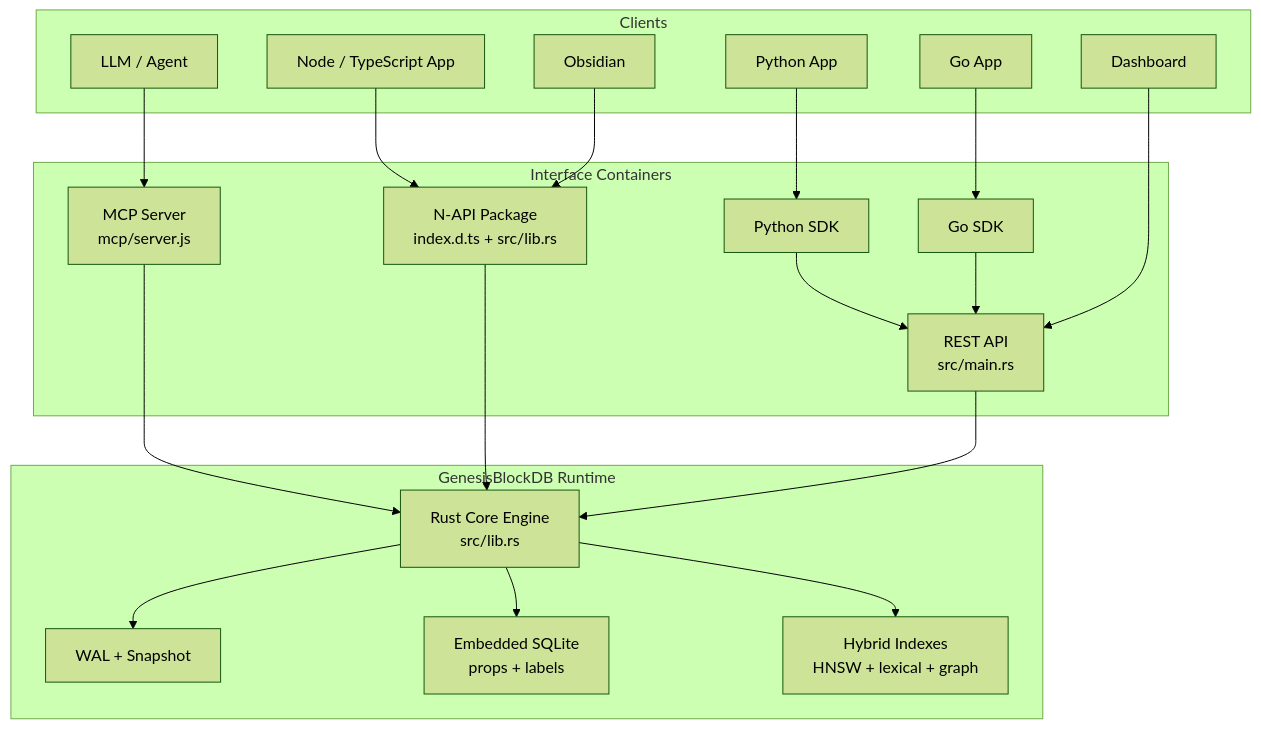
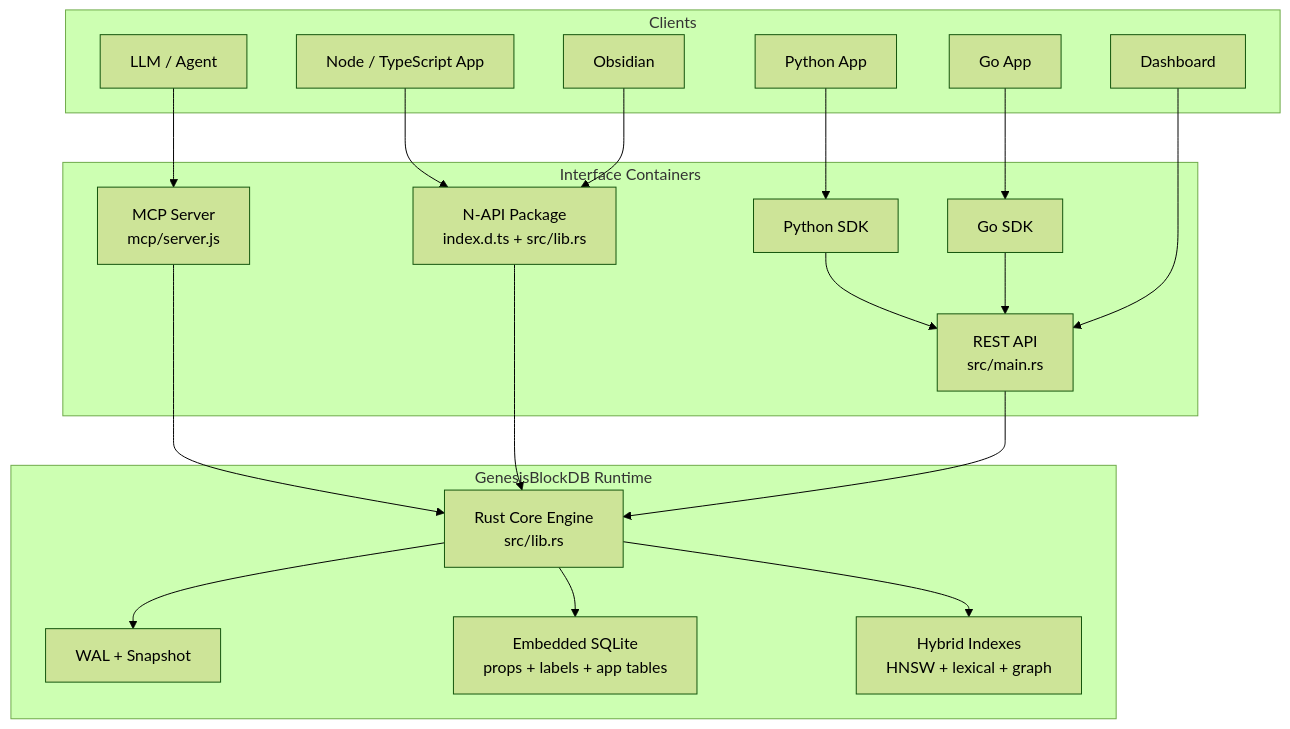
Before and after one commit to Freshair129/GenesisBlock: the second of 2 diagrams in docs/C4--GENESISDB-ARCHITECTURE.md, drawn with Mermaid (forest theme). The commit also changed other lines of this file and 17 other files, not shown here.

Commit message:
Update GenesisBlock architecture and runtime capabilities

````diff
--- a/docs/C4--GENESISDB-ARCHITECTURE.md
+++ b/docs/C4--GENESISDB-ARCHITECTURE.md
@@ -96,39 +96,39 @@
 ```mermaid
 flowchart TB
     subgraph clients["Clients"]
         llm["LLM / Agent"]
         ts["Node / TypeScript App"]
         py["Python App"]
         go["Go App"]
         ui["Dashboard"]
         obs["Obsidian"]
     end
 
     subgraph interfaces["Interface Containers"]
         mcp["MCP Server\nmcp/server.js"]
         napi["N-API Package\nindex.d.ts + src/lib.rs"]
         rest["REST API\nsrc/main.rs"]
         sdkpy["Python SDK"]
         sdkgo["Go SDK"]
     end
 
     subgraph engine["GenesisBlockDB Runtime"]
         core["Rust Core Engine\nsrc/lib.rs"]
         wal["WAL + Snapshot"]
-        sqlite["Embedded SQLite\nprops + labels"]
+        sqlite["Embedded SQLite\nprops + labels + app tables"]
         index["Hybrid Indexes\nHNSW + lexical + graph"]
     end
 
     llm --> mcp
     ts --> napi
     py --> sdkpy --> rest
     go --> sdkgo --> rest
     ui --> rest
     obs --> napi
     mcp --> core
     napi --> core
     rest --> core
     core --> wal
     core --> sqlite
     core --> index
 ```
````
